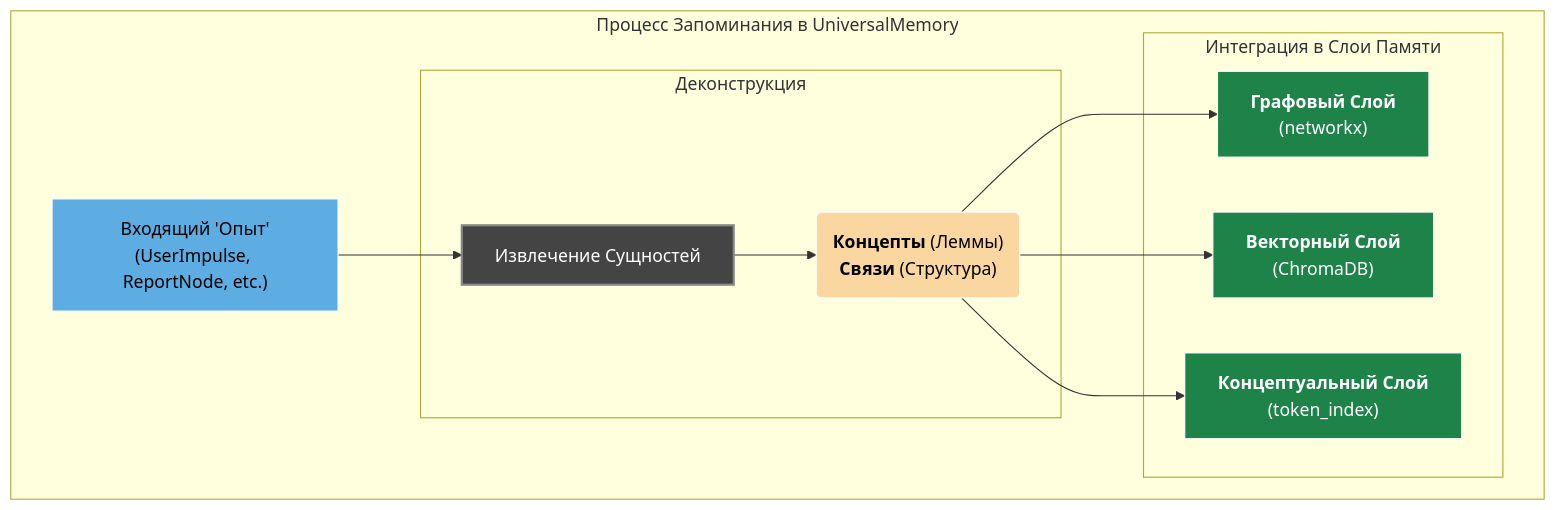
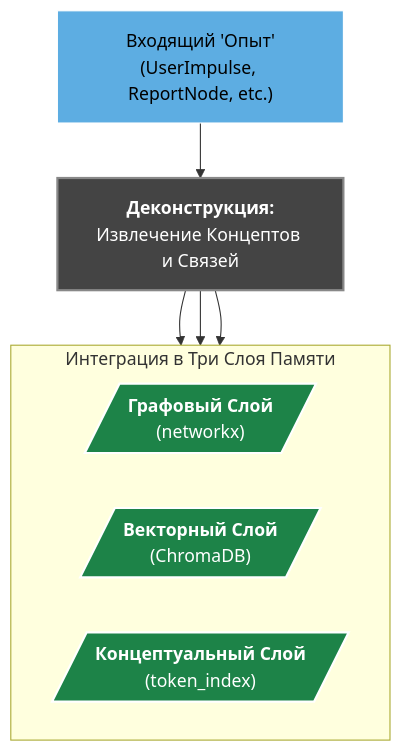
One commit to mcasdfgf/thea changed the first of 3 diagrams in ARCHITECTURE.ru.md. Above: the diagram before and after it, drawn with Mermaid. The commit also changed other lines of this file and 1 other file, not shown here.

````diff
--- a/ARCHITECTURE.ru.md
+++ b/ARCHITECTURE.ru.md
@@ -24,35 +24,25 @@
 ```mermaid
-graph TD
-    subgraph "Процесс Запоминания в UniversalMemory"
+flowchart TD
+    Input["Входящий 'Опыт'<br/>(UserImpulse, ReportNode, etc.)"]
+    Deconstruction["<b>Деконструкция:</b><br/>Извлечение Концептов и Связей"]
+    
+    subgraph "Интеграция в Три Слоя Памяти"
         direction LR
-        
-        Input["Входящий 'Опыт'<br/>(UserImpulse, ReportNode, etc.)"]
+        L1[/"<b>Графовый Слой</b><br/>(networkx)"/]
+        L2[/"<b>Векторный Слой</b><br/>(ChromaDB)"/]
+        L3[/"<b>Концептуальный Слой</b><br/>(token_index)"/]
+    end
 
-        subgraph "Деконструкция"
-            Process["Извлечение Сущностей"]
-            Entities("<b>Концепты</b> (Леммы)<br/><b>Связи</b> (Структура)")
-            Process --> Entities
-        end
+    Input --> Deconstruction
+    Deconstruction --> L1
+    Deconstruction --> L2
+    Deconstruction --> L3
 
-        subgraph "Интеграция в Слои Памяти"
-            L1["<b>Графовый Слой</b><br/>(networkx)"]
-            L2["<b>Векторный Слой</b><br/>(ChromaDB)"]
-            L3["<b>Концептуальный Слой</b><br/>(token_index)"]
-        end
-
-        Input --> Process
-        Entities --> L1
-        Entities --> L2
-        Entities --> L3
-    end
+    classDef memoryStyle fill:#1D8348,stroke:#fff,stroke-width:2px,color:#fff
+    classDef processStyle fill:#444,stroke:#888,stroke-width:2px,color:#fff
+    classDef llmStyle fill:#5DADE2,stroke:#fff,stroke-width:1px,color:#000
     
-    classDef layerStyle fill:#1D8348,stroke:#fff,stroke-width:1px,color:#fff
-    classDef inputStyle fill:#5DADE2,stroke:#fff,stroke-width:1px,color:#000
-    classDef processStyle fill:#444,stroke:#888,stroke-width:2px,color:#fff
-    classDef entitiesStyle fill:#FAD7A0,stroke:#fff,stroke-width:1px,color:#000
-
-    class L1,L2,L3 layerStyle
-    class Input inputStyle
-    class Process processStyle
-    class Entities entitiesStyle
+    class L1,L2,L3 memoryStyle
+    class Input llmStyle
+    class Deconstruction processStyle
 ```
````
